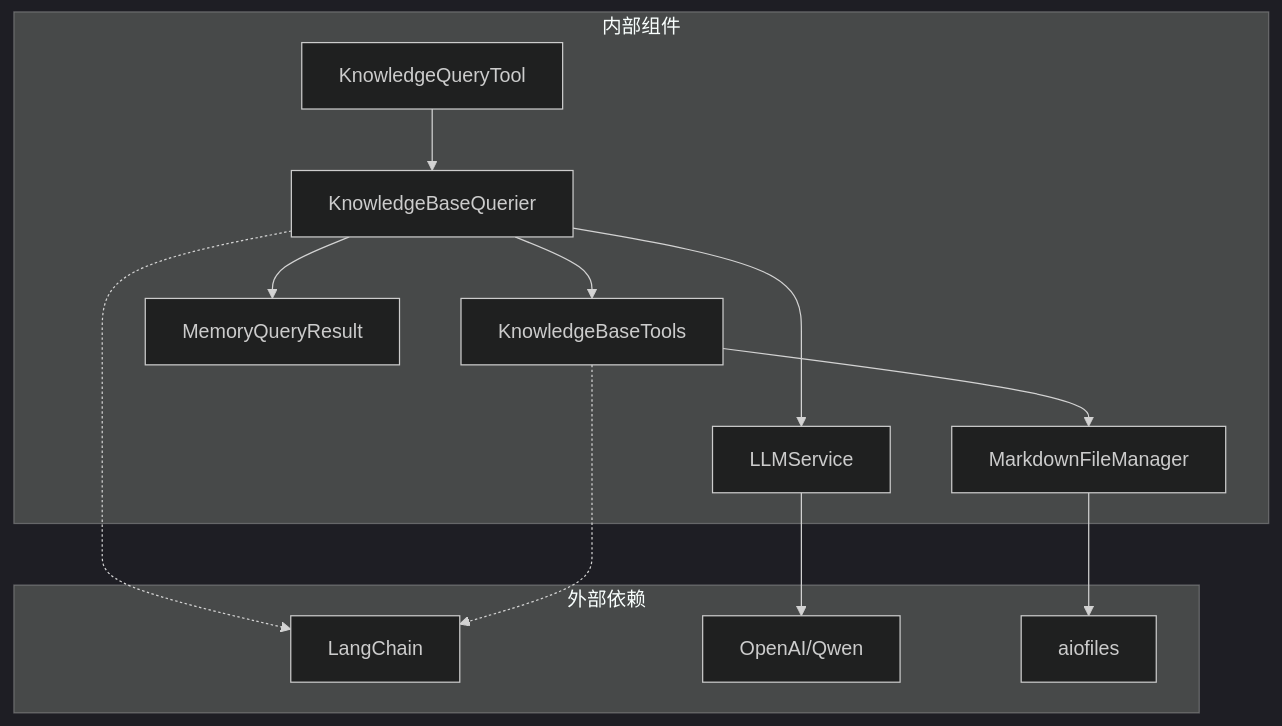
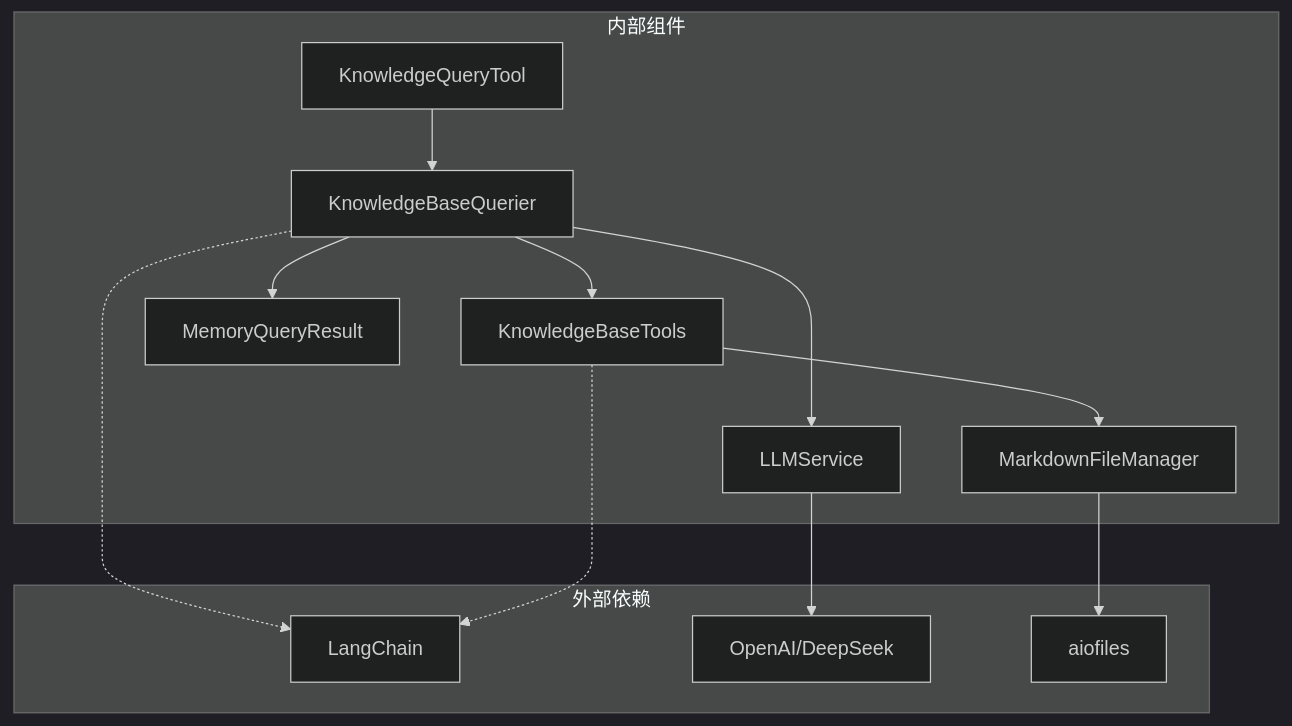
The ninth of 9 diagrams in .qoder/repowiki/zh/content/知识库系统/知识库查询机制.md (WangYiKai1017/zizuan), drawn with Mermaid (dark theme) before and after one commit. The commit also changed 51 other files, not shown here.

````diff
--- a/.qoder/repowiki/zh/content/知识库系统/知识库查询机制.md
+++ b/.qoder/repowiki/zh/content/知识库系统/知识库查询机制.md
@@ -338,25 +338,25 @@
 ```mermaid
 graph TB
 subgraph "外部依赖"
 LANGCHAIN[LangChain]
-OPENAI[OpenAI/Qwen]
+OPENAI[OpenAI/DeepSeek]
 AIOFILES[aiofiles]
 end
 subgraph "内部组件"
 KBQ[KnowledgeBaseQuerier]
 KBT[KnowledgeBaseTools]
 MQT[KnowledgeQueryTool]
 LLM[LLMService]
 MFM[MarkdownFileManager]
 MQR[MemoryQueryResult]
 end
 KBQ --> KBT
 KBQ --> LLM
 KBT --> MFM
 MQT --> KBQ
 KBQ --> MQR
 LLM --> OPENAI
 MFM --> AIOFILES
 KBQ -.-> LANGCHAIN
 KBT -.-> LANGCHAIN
 ```
````
